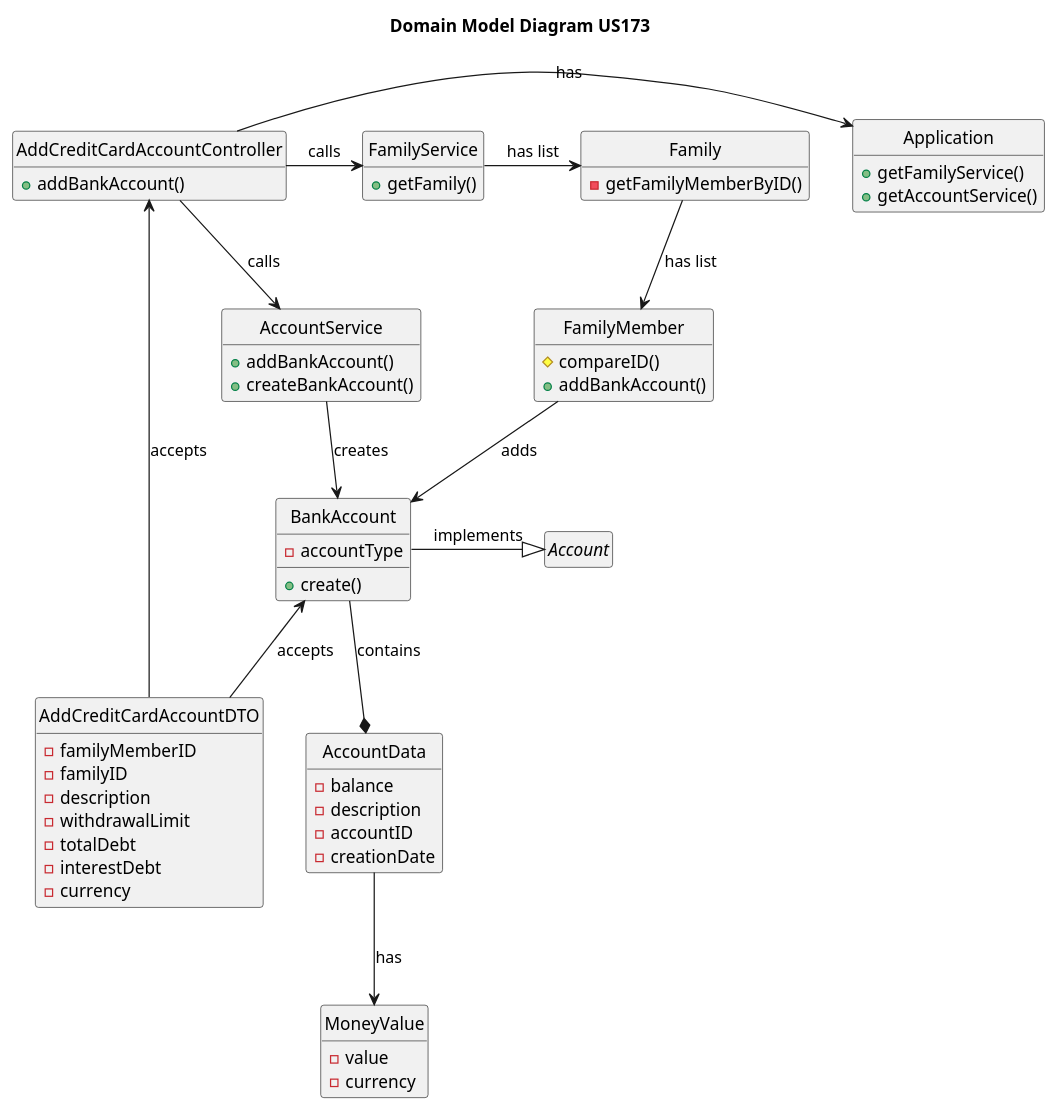
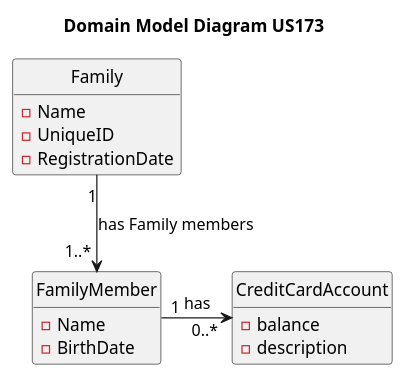
One commit to tomas-osswald/switch_2020_g3 changed the second of 4 diagrams in docs/sprint2/user_stories/US173_AddCreditCardAccount.md. Above: the diagram before and after it, drawn with PlantUML.

Commit message:
changes to DM of us173

````diff
--- a/docs/sprint2/user_stories/US173_AddCreditCardAccount.md
+++ b/docs/sprint2/user_stories/US173_AddCreditCardAccount.md
@@ -76,72 +76,25 @@
 ```puml
 hide empty members
 hide circle
 title Domain Model Diagram US173
 
-class AddCreditCardAccountDTO{
-  - familyMemberID
-  - familyID
-  - description
-  - withdrawalLimit
-  - totalDebt
-  - interestDebt
-  - currency
-}
-class AddCreditCardAccountController {
-  + addBankAccount()
-}
+class Family {
+- Name
+- UniqueID
+- RegistrationDate
 
-class Application {
-  + getFamilyService() 
-  + getAccountService()
-}
-
-class FamilyService {
-  + getFamily()
-}
-
-class Family {
-  - getFamilyMemberByID() 
 }
 
 class FamilyMember {
-  # compareID()
-  + addBankAccount()
-  
+- Name
+- BirthDate
 }
 
-class AccountService {
-  + addBankAccount()
-  + createBankAccount()
-}
-class BankAccount {
-  - accountType
-  + create()
+class CreditCardAccount {
+- balance
+- description
 }
 
-interface Account{
-}
-class AccountData {
-  - balance
-  - description
-  - accountID
-  - creationDate
-}
-class MoneyValue {
-  - value
-  - currency
-}
-
-AddCreditCardAccountController -> Application: has
-AddCreditCardAccountController <-- AddCreditCardAccountDTO: accepts
-AddCreditCardAccountController -> FamilyService: calls
-FamilyService -> Family: has list
-Family --> FamilyMember: has list
-AddCreditCardAccountController --> AccountService: calls
-AccountService --> BankAccount: creates
-BankAccount -|> Account: implements
-BankAccount <-- AddCreditCardAccountDTO: accepts
-FamilyMember --> BankAccount: adds
-BankAccount --* AccountData: contains
-AccountData --> MoneyValue: has
+Family "1" -down-> "1..* " FamilyMember : has Family members
+FamilyMember "1" -> "0..* " CreditCardAccount  : has
 ```
````
